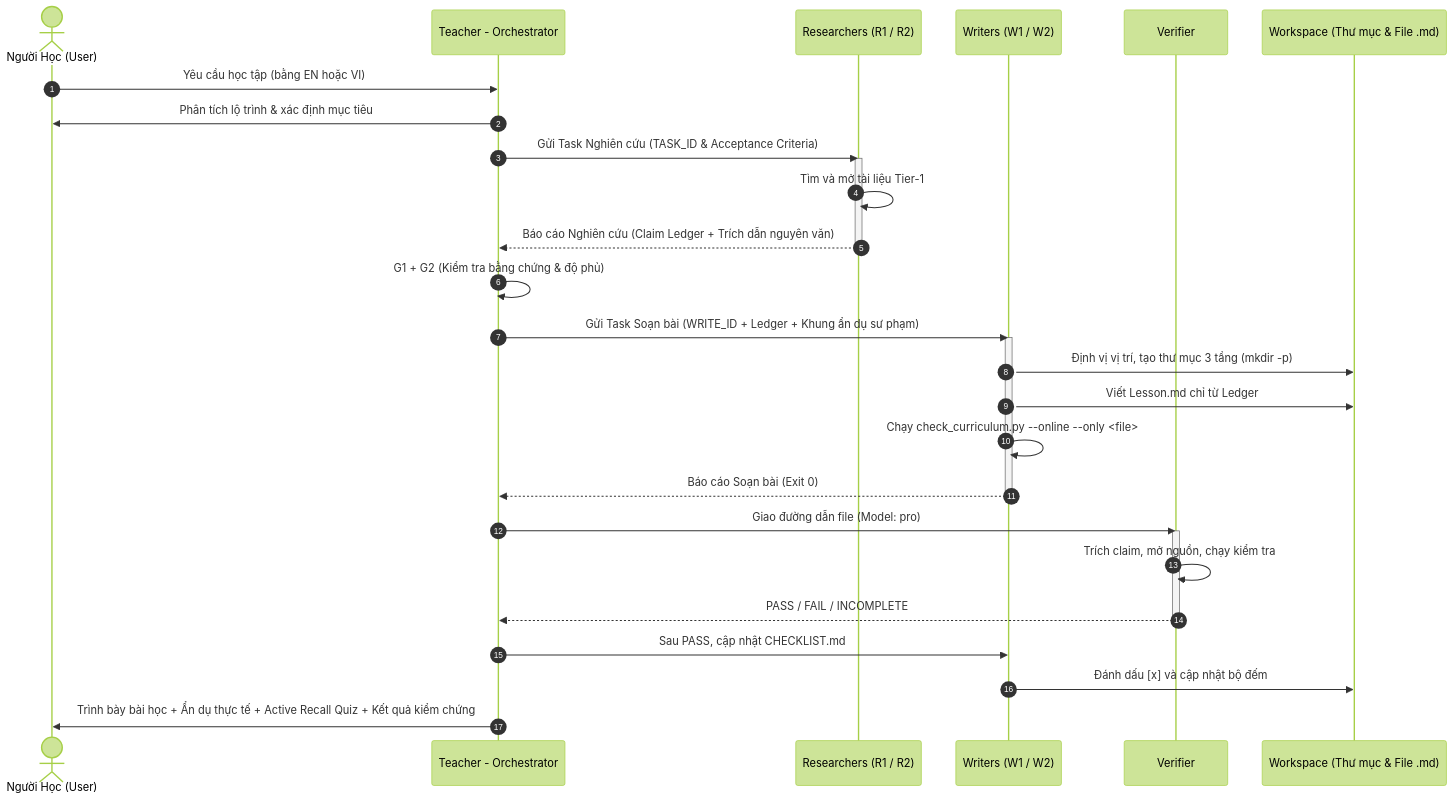
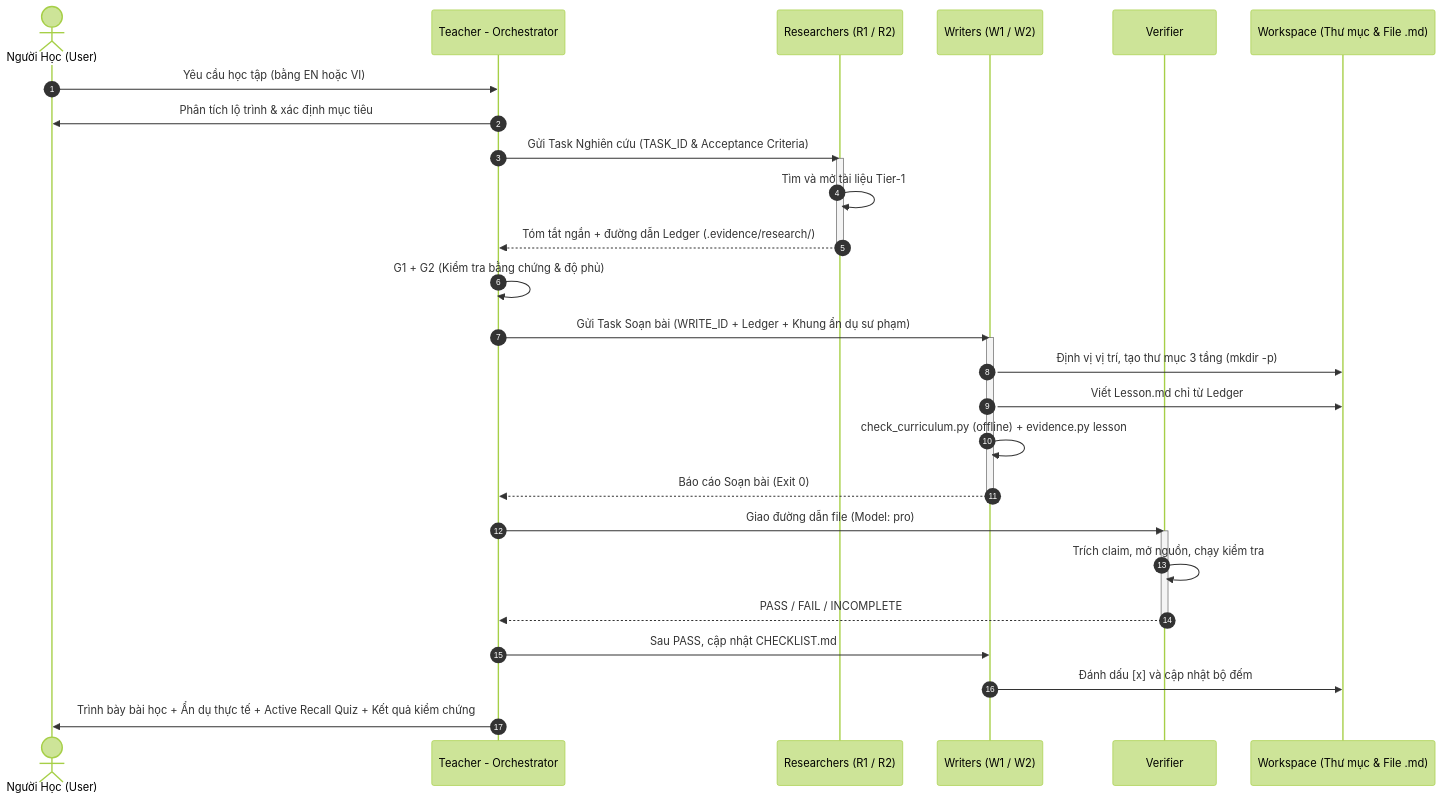
One commit to HelloMinh2122005/SelfLearn changed the diagram in .agents/README.md. Above: the diagram before and after it, drawn with Mermaid (forest theme). The commit also changed 49 other files, not shown here.

````diff
--- a/.agents/README.md
+++ b/.agents/README.md
@@ -53,34 +53,34 @@
 ```mermaid
 sequenceDiagram
     autonumber
     actor Learner as Người Học (User)
     participant Teacher as Teacher - Orchestrator
     participant R as Researchers (R1 / R2)
     participant W as Writers (W1 / W2)
     participant V as Verifier
     participant FS as Workspace (Thư mục & File .md)
 
     Learner->>Teacher: Yêu cầu học tập (bằng EN hoặc VI)
     Teacher->>Learner: Phân tích lộ trình & xác định mục tiêu
     Teacher->>R: Gửi Task Nghiên cứu (TASK_ID & Acceptance Criteria)
     activate R
     R->>R: Tìm và mở tài liệu Tier-1
-    R-->>Teacher: Báo cáo Nghiên cứu (Claim Ledger + Trích dẫn nguyên văn)
+    R-->>Teacher: Tóm tắt ngắn + đường dẫn Ledger (.evidence/research/)
     deactivate R
     Teacher->>Teacher: G1 + G2 (Kiểm tra bằng chứng & độ phủ)
     Teacher->>W: Gửi Task Soạn bài (WRITE_ID + Ledger + Khung ẩn dụ sư phạm)
     activate W
     W->>FS: Định vị vị trí, tạo thư mục 3 tầng (mkdir -p)
     W->>FS: Viết Lesson.md chỉ từ Ledger
-    W->>W: Chạy check_curriculum.py --online --only <file>
+    W->>W: check_curriculum.py (offline) + evidence.py lesson
     W-->>Teacher: Báo cáo Soạn bài (Exit 0)
     deactivate W
     Teacher->>V: Giao đường dẫn file (Model: pro)
     activate V
     V->>V: Trích claim, mở nguồn, chạy kiểm tra
     V-->>Teacher: PASS / FAIL / INCOMPLETE
     deactivate V
     Teacher->>W: Sau PASS, cập nhật CHECKLIST.md
     W->>FS: Đánh dấu [x] và cập nhật bộ đếm
     Teacher->>Learner: Trình bày bài học + Ẩn dụ thực tế + Active Recall Quiz + Kết quả kiểm chứng
 ```
````
